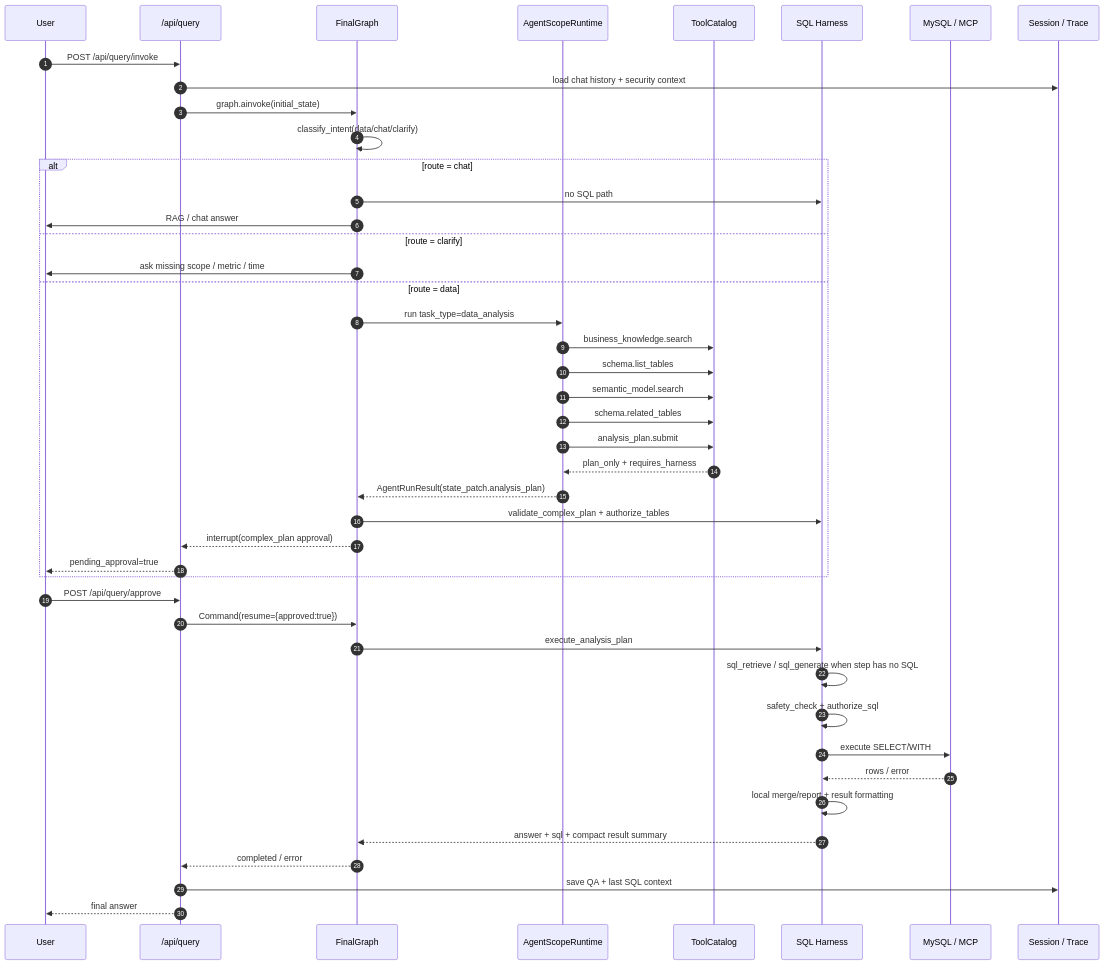
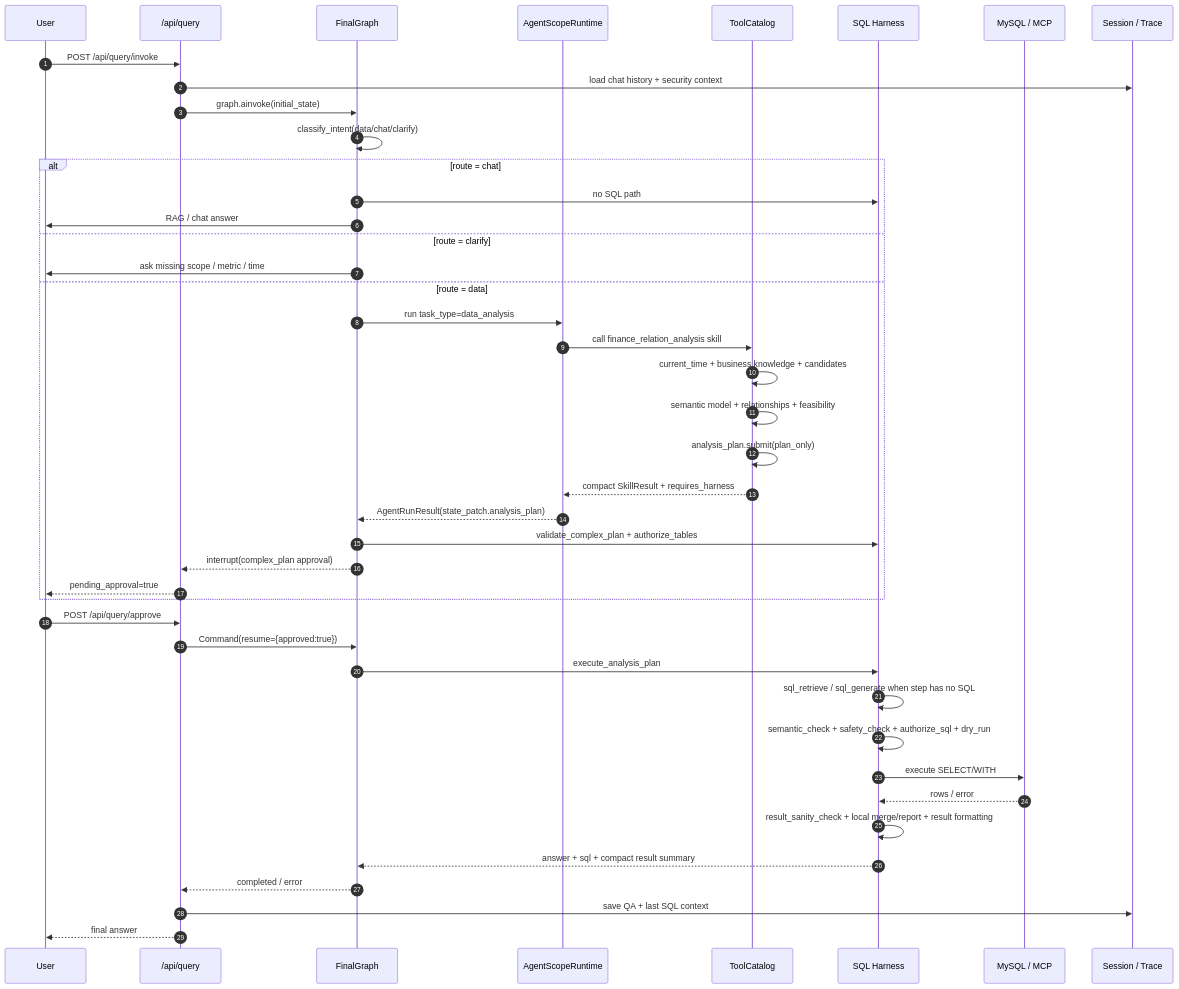
Before and after one commit to liangyuzhe/financial-copilot-platform: the second of 7 diagrams in docs/current_architecture.md, drawn with Mermaid. The commit also changed other lines of this file and 45 other files, not shown here.

Commit message:
Implement skill-based data planner and SQL quality gates

````diff
--- a/docs/current_architecture.md
+++ b/docs/current_architecture.md
@@ -66,49 +71,48 @@
 ```mermaid
 sequenceDiagram
     autonumber
     participant U as User
     participant Q as /api/query
     participant G as FinalGraph
     participant A as AgentScopeRuntime
     participant T as ToolCatalog
     participant H as SQL Harness
     participant DB as MySQL / MCP
     participant S as Session / Trace
 
     U->>Q: POST /api/query/invoke
     Q->>S: load chat history + security context
     Q->>G: graph.ainvoke(initial_state)
     G->>G: classify_intent(data/chat/clarify)
 
     alt route = chat
         G->>H: no SQL path
         G->>U: RAG / chat answer
     else route = clarify
         G->>U: ask missing scope / metric / time
     else route = data
         G->>A: run task_type=data_analysis
-        A->>T: business_knowledge.search
-        A->>T: schema.list_tables
-        A->>T: semantic_model.search
-        A->>T: schema.related_tables
-        A->>T: analysis_plan.submit
-        T-->>A: plan_only + requires_harness
+        A->>T: call finance_relation_analysis skill
+        T->>T: current_time + business knowledge + candidates
+        T->>T: semantic model + relationships + feasibility
+        T->>T: analysis_plan.submit(plan_only)
+        T-->>A: compact SkillResult + requires_harness
         A-->>G: AgentRunResult(state_patch.analysis_plan)
         G->>H: validate_complex_plan + authorize_tables
         G-->>Q: interrupt(complex_plan approval)
         Q-->>U: pending_approval=true
     end
 
     U->>Q: POST /api/query/approve
     Q->>G: Command(resume={approved:true})
     G->>H: execute_analysis_plan
     H->>H: sql_retrieve / sql_generate when step has no SQL
-    H->>H: safety_check + authorize_sql
+    H->>H: semantic_check + safety_check + authorize_sql + dry_run
     H->>DB: execute SELECT/WITH
     DB-->>H: rows / error
-    H->>H: local merge/report + result formatting
+    H->>H: result_sanity_check + local merge/report + result formatting
     H-->>G: answer + sql + compact result summary
     G-->>Q: completed / error
     Q->>S: save QA + last SQL context
     Q-->>U: final answer
 ```
````
